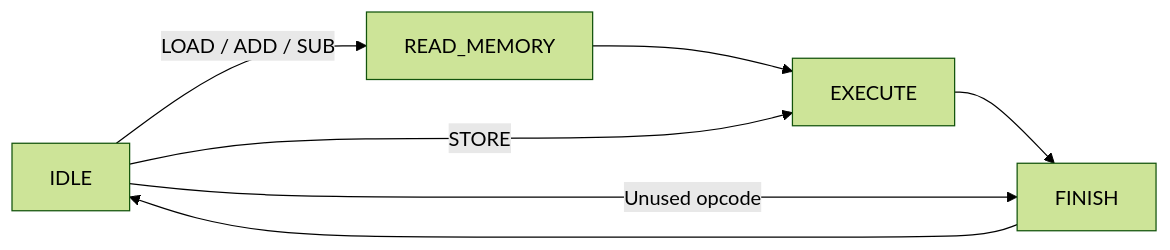
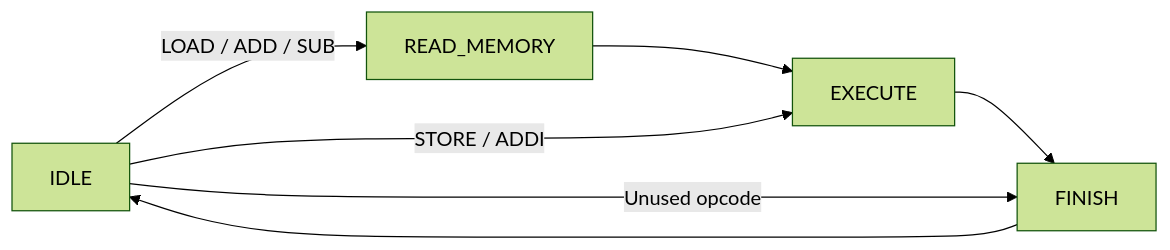
Before and after one commit to SiliconBadgers/onboarding: the diagram in docs/05-calculator-project.md, drawn with Mermaid (forest theme). The commit also changed other lines of this file and 7 other files, not shown here.

````diff
--- a/docs/05-calculator-project.md
+++ b/docs/05-calculator-project.md
@@ -40,9 +40,9 @@
 ```mermaid
 flowchart LR
     I[IDLE] -->|LOAD / ADD / SUB| R[READ_MEMORY]
     R --> E[EXECUTE]
-    I -->|STORE| E
+    I -->|STORE / ADDI| E
     E --> F[FINISH]
     I -->|Unused opcode| F
     F --> I
 ```
````
